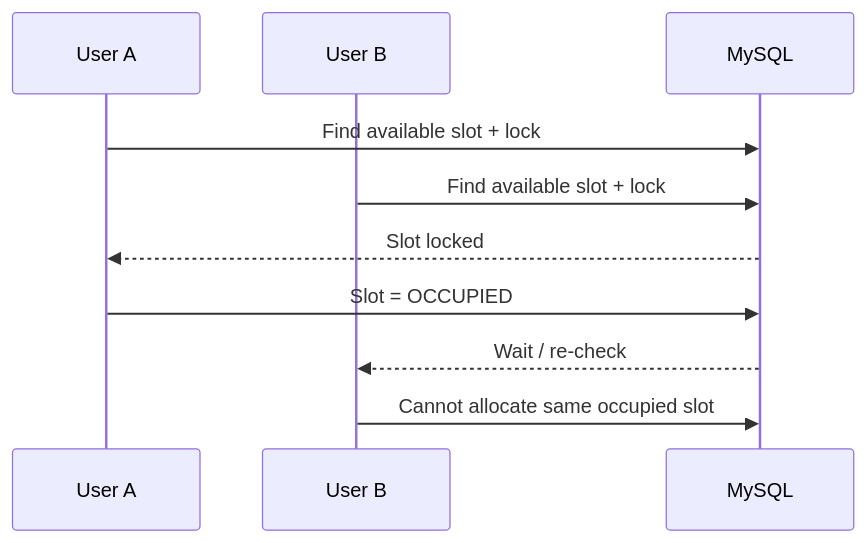
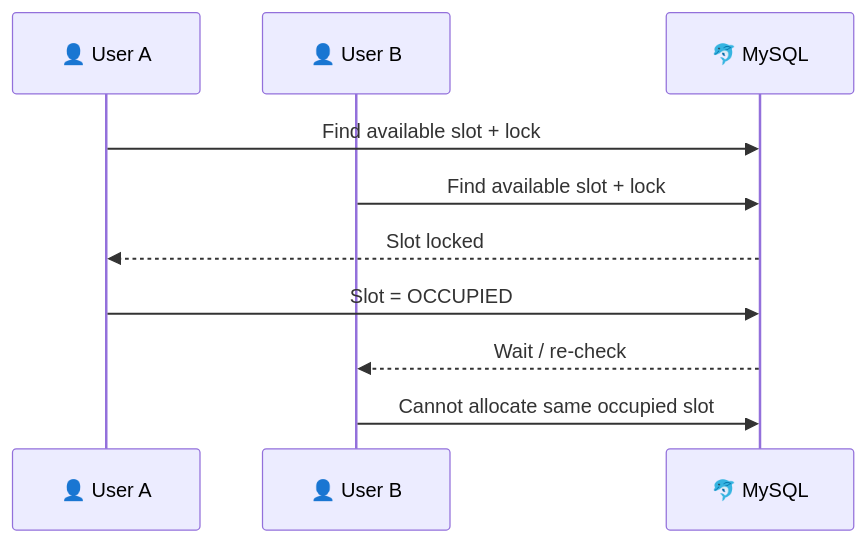
The tenth of 12 diagrams in README.md (Sahil2u47/smart_parking_system), drawn with Mermaid before and after one commit. The commit also changed other lines of this file, not shown here.

````diff
--- a/README.md
+++ b/README.md
@@ -324,13 +410,13 @@
 ```mermaid
 sequenceDiagram
-    participant A as User A
-    participant B as User B
-    participant DB as MySQL
+    participant A as 👤 User A
+    participant B as 👤 User B
+    participant DB as 🐬 MySQL
 
     A->>DB: Find available slot + lock
     B->>DB: Find available slot + lock
     DB-->>A: Slot locked
     A->>DB: Slot = OCCUPIED
     DB-->>B: Wait / re-check
     B->>DB: Cannot allocate same occupied slot
 ```
````
